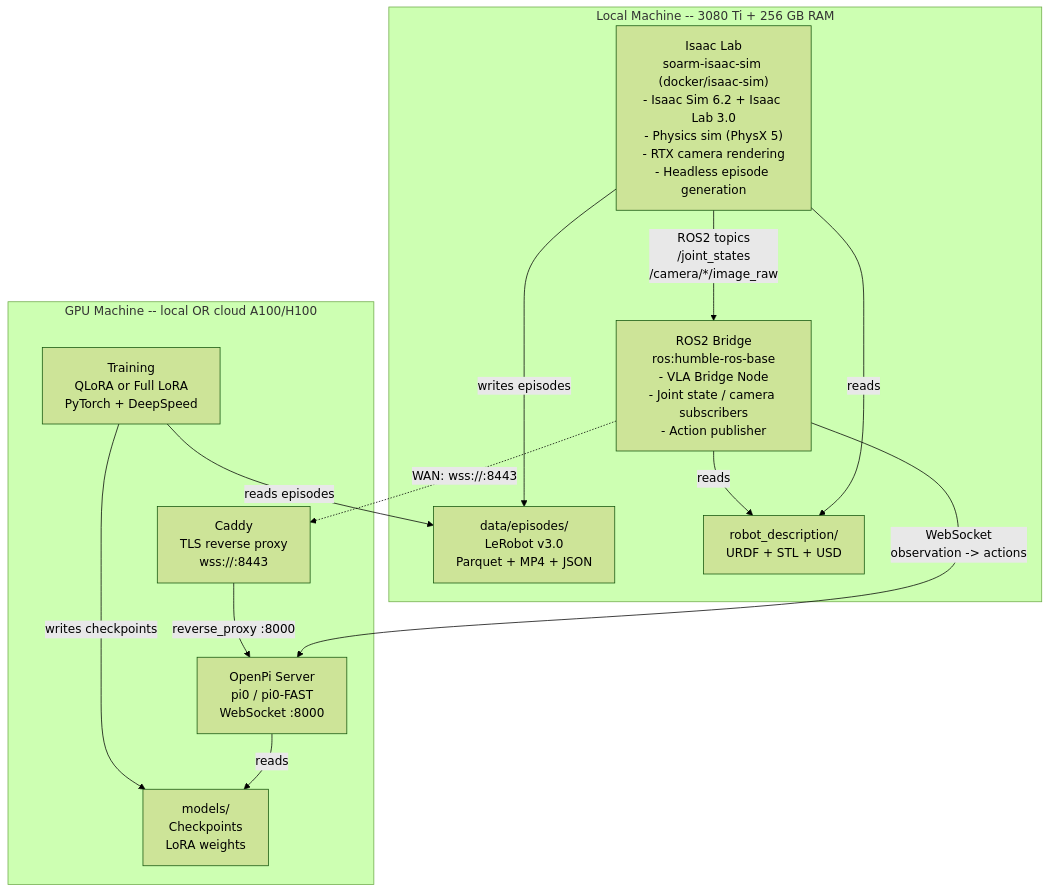
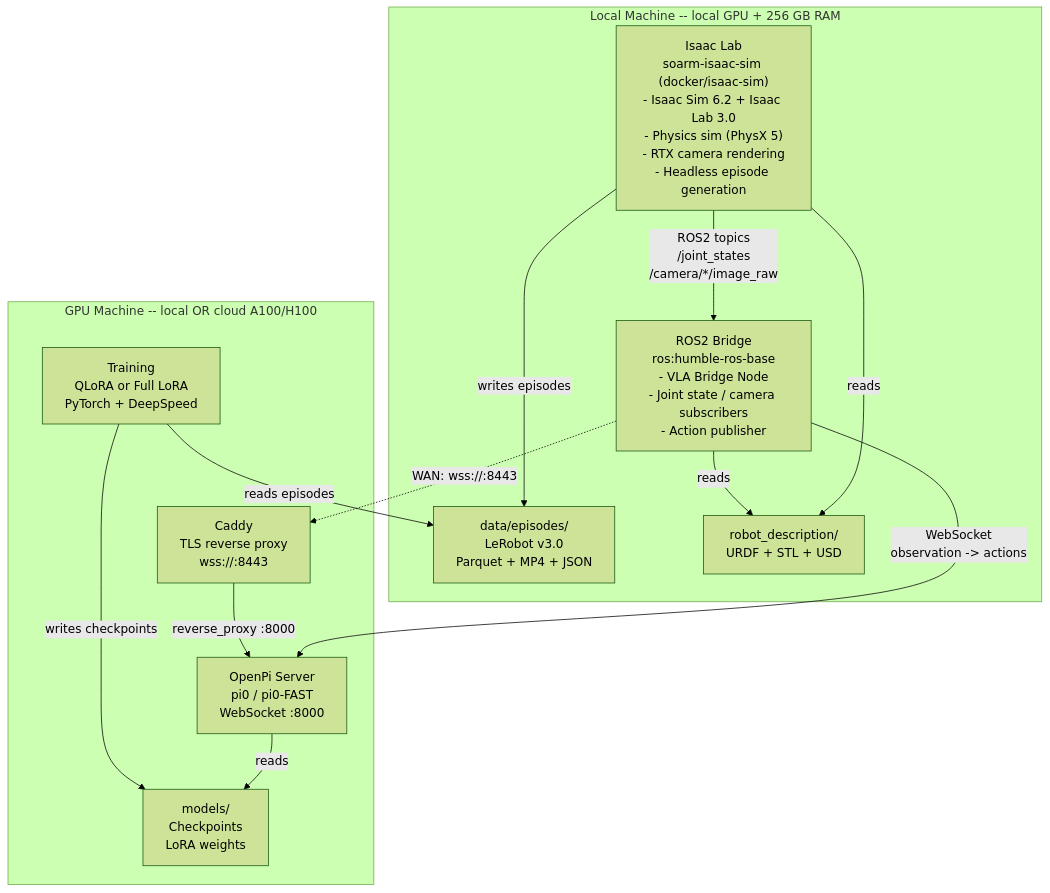
Before and after one commit to Jbruslind/soarm101-isaac: the first of 5 diagrams in docs/ARCHITECTURE.md, drawn with Mermaid (forest theme). The commit also changed other lines of this file and 20 other files, not shown here.

````diff
--- a/docs/ARCHITECTURE.md
+++ b/docs/ARCHITECTURE.md
@@ -13,27 +13,27 @@
 ```mermaid
 graph TD
-    subgraph localMachine ["Local Machine  --  3080 Ti + 256 GB RAM"]
+    subgraph localMachine ["Local Machine  --  local GPU + 256 GB RAM"]
         IsaacSim["Isaac Lab\nsoarm-isaac-sim (docker/isaac-sim)\n- Isaac Sim 6.2 + Isaac Lab 3.0\n- Physics sim (PhysX 5)\n- RTX camera rendering\n- Headless episode generation"]
         ROS2["ROS2 Bridge\nros:humble-ros-base\n- VLA Bridge Node\n- Joint state / camera subscribers\n- Action publisher"]
         DataVol["data/episodes/\nLeRobot v3.0\nParquet + MP4 + JSON"]
         URDFVol["robot_description/\nURDF + STL + USD"]
     end
 
     subgraph gpuMachine ["GPU Machine  --  local OR cloud A100/H100"]
         OpenPi["OpenPi Server\npi0 / pi0-FAST\nWebSocket :8000"]
         Training["Training\nQLoRA or Full LoRA\nPyTorch + DeepSpeed"]
         Caddy["Caddy\nTLS reverse proxy\nwss://:8443"]
         ModelsVol["models/\nCheckpoints\nLoRA weights"]
     end
 
     IsaacSim -- "ROS2 topics\n/joint_states\n/camera/*/image_raw" --> ROS2
     IsaacSim -- "writes episodes" --> DataVol
     ROS2 -- "WebSocket\nobservation -> actions" --> OpenPi
     OpenPi -- "reads" --> ModelsVol
     Training -- "reads episodes" --> DataVol
     Training -- "writes checkpoints" --> ModelsVol
     Caddy -- "reverse_proxy :8000" --> OpenPi
     ROS2 -. "WAN: wss://:8443" .-> Caddy
     IsaacSim -- "reads" --> URDFVol
     ROS2 -- "reads" --> URDFVol
 ```
````
